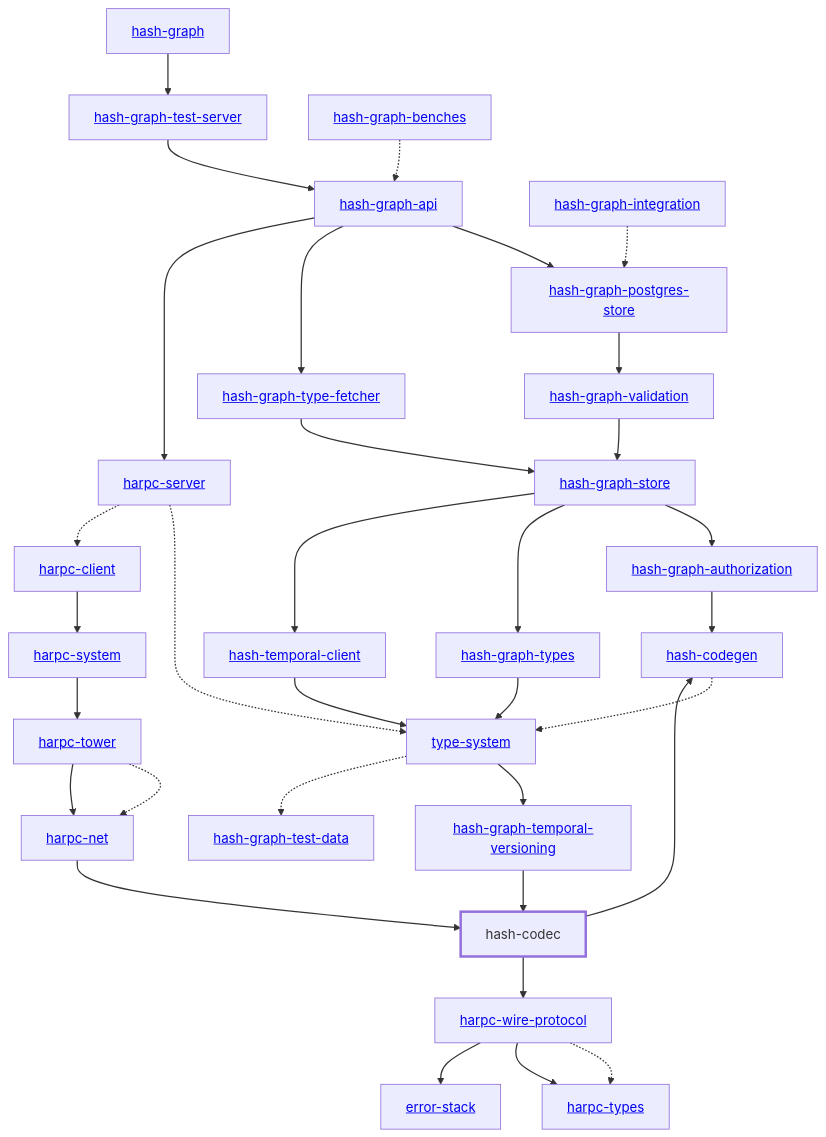
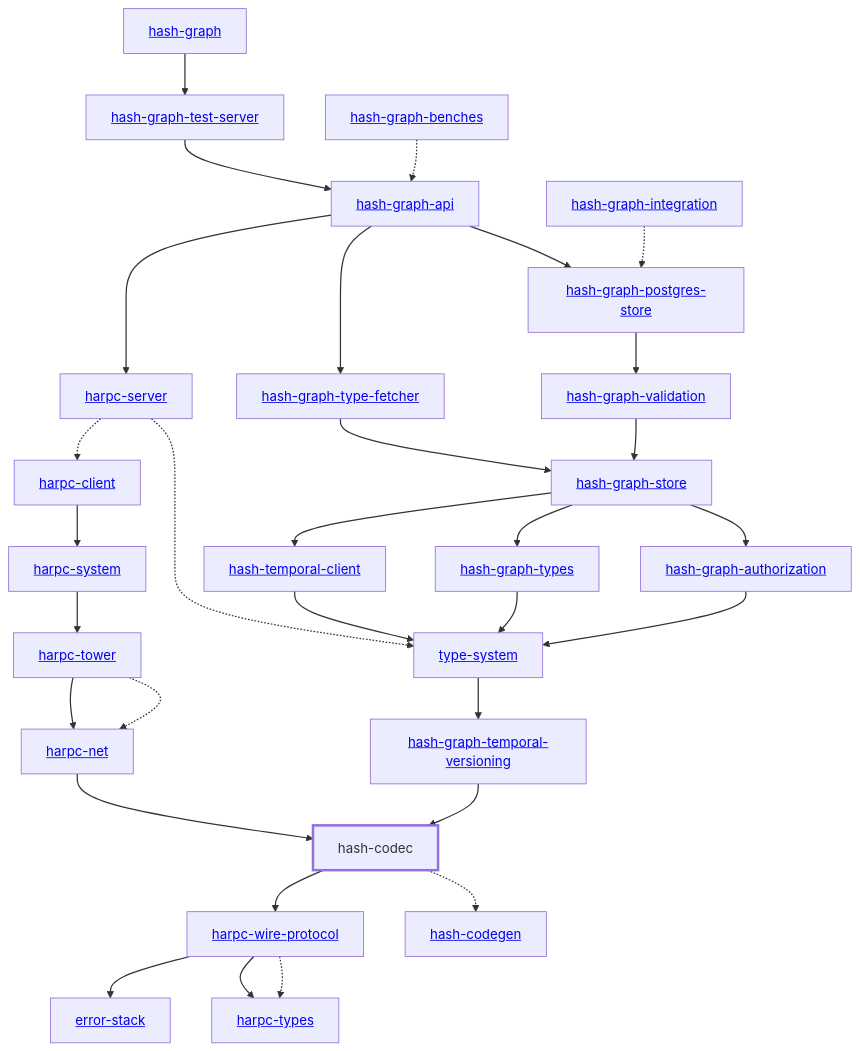
Before and after one commit to hashintel/hash: the diagram in libs/@local/codec/docs/dependency-diagram.mmd, drawn with Mermaid. The commit also changed 21 other files, not shown here.

Commit message:
Update dependency diagrams

```diff
--- a/libs/@local/codec/docs/dependency-diagram.mmd
+++ b/libs/@local/codec/docs/dependency-diagram.mmd
@@ -1,68 +1,65 @@
 graph TD
     linkStyle default stroke-width:1.5px
     classDef default stroke-width:1px
     classDef root stroke-width:3px
     classDef dev stroke-width:1px
     classDef build stroke-width:1px
     %% Legend
     %% --> : Normal dependency
     %% -.-> : Dev dependency
     %% ---> : Build dependency
     0[<a href="../hash_graph">hash-graph</a>]
     1[<a href="../type_system">type-system</a>]
     2[hash-codec]
     class 2 root
     3[<a href="../hash_codegen">hash-codegen</a>]
     4[<a href="../hash_graph_api">hash-graph-api</a>]
     5[<a href="../hash_graph_authorization">hash-graph-authorization</a>]
     6[<a href="../hash_graph_postgres_store">hash-graph-postgres-store</a>]
     7[<a href="../hash_graph_store">hash-graph-store</a>]
     8[<a href="../hash_graph_temporal_versioning">hash-graph-temporal-versioning</a>]
     9[<a href="../hash_graph_test_server">hash-graph-test-server</a>]
     10[<a href="../hash_graph_type_fetcher">hash-graph-type-fetcher</a>]
     11[<a href="../hash_graph_types">hash-graph-types</a>]
     12[<a href="../hash_graph_validation">hash-graph-validation</a>]
     13[<a href="../harpc_client">harpc-client</a>]
     14[<a href="../harpc_net">harpc-net</a>]
     15[<a href="../harpc_server">harpc-server</a>]
     16[<a href="../harpc_system">harpc-system</a>]
     17[<a href="../harpc_tower">harpc-tower</a>]
     18[<a href="../harpc_types">harpc-types</a>]
     19[<a href="../harpc_wire_protocol">harpc-wire-protocol</a>]
     20[<a href="../hash_temporal_client">hash-temporal-client</a>]
     21[<a href="../error_stack">error-stack</a>]
     22[<a href="../hash_graph_benches">hash-graph-benches</a>]
     23[<a href="../hash_graph_integration">hash-graph-integration</a>]
-    24[<a href="../hash_graph_test_data">hash-graph-test-data</a>]
     0 --> 9
     1 --> 8
-    1 -.-> 24
-    2 --> 3
+    2 -.-> 3
     2 --> 19
-    3 -.-> 1
     4 --> 6
     4 --> 10
     4 --> 15
-    5 --> 3
+    5 --> 1
     6 --> 12
     7 --> 5
     7 --> 11
     7 --> 20
     8 --> 2
     9 --> 4
     10 --> 7
     11 --> 1
     12 --> 7
     13 --> 16
     14 --> 2
     15 -.-> 1
     15 -.-> 13
     16 --> 17
     17 -.-> 14
     17 --> 14
     19 -.-> 18
     19 --> 18
     19 --> 21
     20 --> 1
     22 -.-> 4
     23 -.-> 6
```
